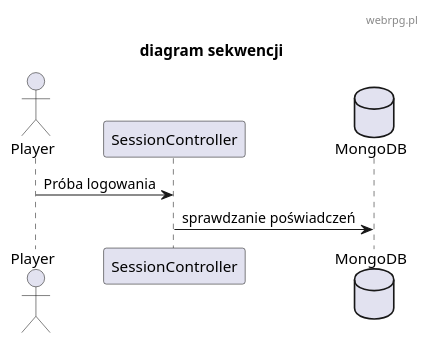
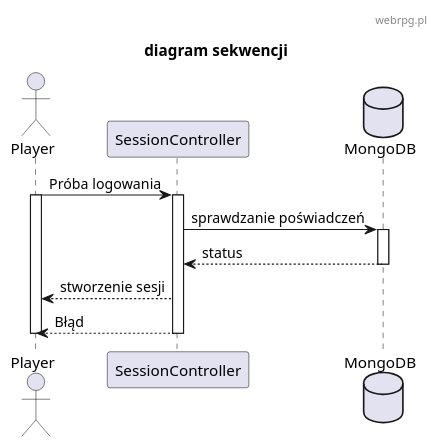
One commit to TheVivent-Politechnika-Lodzka/io_webrpg changed the diagram in diagrams/diagram_sekwencji.plantuml. Above: the diagram before and after it, drawn with PlantUML. The commit also changed 1 other file, not shown here.

```diff
--- a/diagrams/diagram_sekwencji.plantuml
+++ b/diagrams/diagram_sekwencji.plantuml
@@ -1,84 +1,91 @@
 @startuml
 skinparam defaultFontName "Comic Sans MS"
 header webrpg.pl
 title "diagram sekwencji"
 
 actor Player
 participant SessionController
 database MongoDB as db
 
 
 Player -> SessionController : Próba logowania
+activate Player
+activate SessionController
 SessionController -> db : sprawdzanie poświadczeń
+activate db
 
-
-
+db --> SessionController : status
+deactivate db
+SessionController --> Player : stworzenie sesji
+SessionController --> Player : Błąd
+deactivate SessionController
+deactivate Player
 
 
 
 
 
 ' participant Controller
 ' participant View 
 ' participant Model
 ' participant Data
 ' database database as db
 
 'czy view komunikuje się z kontrolerem, czy player
 ' player -> Controller : dane logowania
 ' activate player
 ' View --> player : odczyt
 ' deactivate player
 ' activate View
 
 ' Controller -> Model : logowanie
 ' activate Model
 ' Model --> View : wyświetl
 ' deactivate Model
 ' deactivate View
 
 ' Model -> Data :  wyszukanie
 ' activate Data
 ' Data --> Model : odpowiedź
 ' deactivate Data
 
 ' Data -> db : zapytanie
 ' activate db
 ' db --> Data : odpowiedź
 ' deactivate db
 
 
 
 
 
 ' player -> Controller : dane logowania
 ' activate player
 ' activate Controller
 
 ' Controller -> Model : logowanie
 ' deactivate Controller
 ' activate Model
 
 ' Model -> Data :  wyszukanie
 ' activate Data
 
 ' Data -> db : zapytanie
 ' activate db
 ' db --> Data : odpowiedź
 ' deactivate db
 
 ' Data --> Model : odpowiedź
 ' deactivate Data
 
 ' Model --> View : wyświetl
 ' deactivate Model
 ' activate View
 
 ' View --> player : odczyt
 ' deactivate View
 ' deactivate player
 
 
 
 
 @enduml
```
